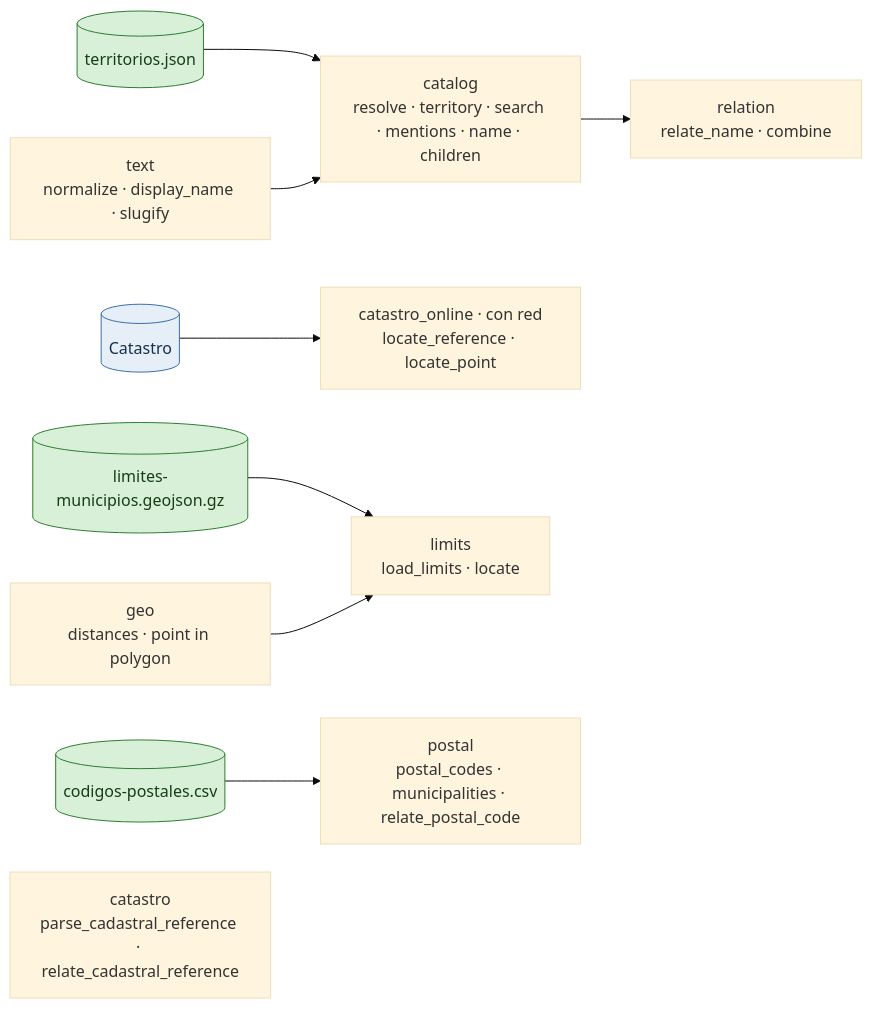
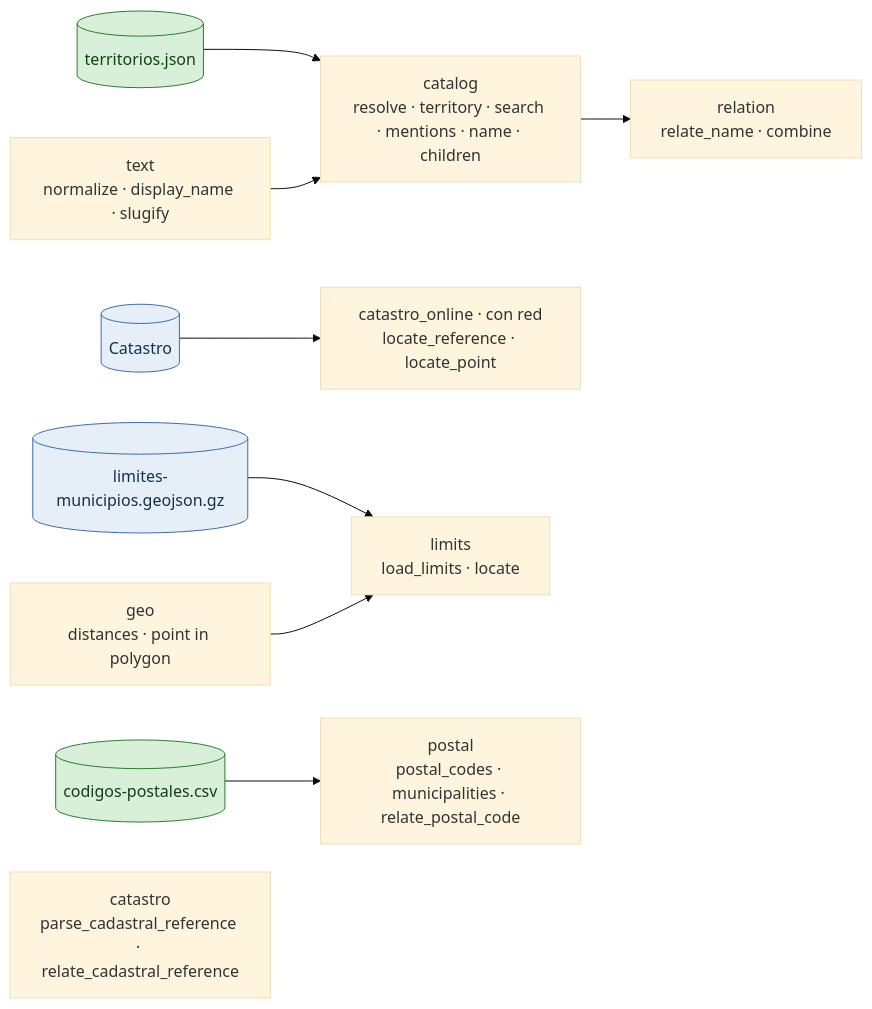
The sixth of 6 diagrams in docs/estado.md (alertapublica/territorios-es), drawn with Mermaid (base theme) before and after one commit. The commit also changed other lines of this file and 8 other files, not shown here.

````diff
--- a/docs/estado.md
+++ b/docs/estado.md
@@ -365,25 +384,26 @@
 ```mermaid
 flowchart LR
+  accTitle: Librería
   d_Catastro[("Catastro")]:::box
   d_codigos_postales_csv[("codigos-postales.csv")]:::done
-  d_limites_municipios_geojson_gz[("limites-municipios.geojson.gz")]:::done
+  d_limites_municipios_geojson_gz[("limites-municipios.geojson.gz")]:::box
   d_territorios_json[("territorios.json")]:::done
   m_catalog["catalog<br>resolve · territory · search · mentions · name · children"]
   d_territorios_json --> m_catalog
   m_relation["relation<br>relate_name · combine"]
   m_text["text<br>normalize · display_name · slugify"]
   m_geo["geo<br>distances · point in polygon"]
   m_catastro["catastro<br>parse_cadastral_reference · relate_cadastral_reference"]
   m_catastro_online["catastro_online · con red<br>locate_reference · locate_point"]
   d_Catastro --> m_catastro_online
   m_limits["limits<br>load_limits · locate"]
   d_limites_municipios_geojson_gz --> m_limits
   m_postal["postal<br>postal_codes · municipalities · relate_postal_code"]
   d_codigos_postales_csv --> m_postal
   m_text --> m_catalog
   m_catalog --> m_relation
   m_geo --> m_limits
   classDef done fill:#d8f0d8,stroke:#2e7d32,color:#173d17
   classDef todo fill:#fdecc8,stroke:#b26a00,color:#4a2c00,stroke-dasharray:4 3
   classDef box fill:#e6eef8,stroke:#3b6ea8,color:#14304f
 ```
````
